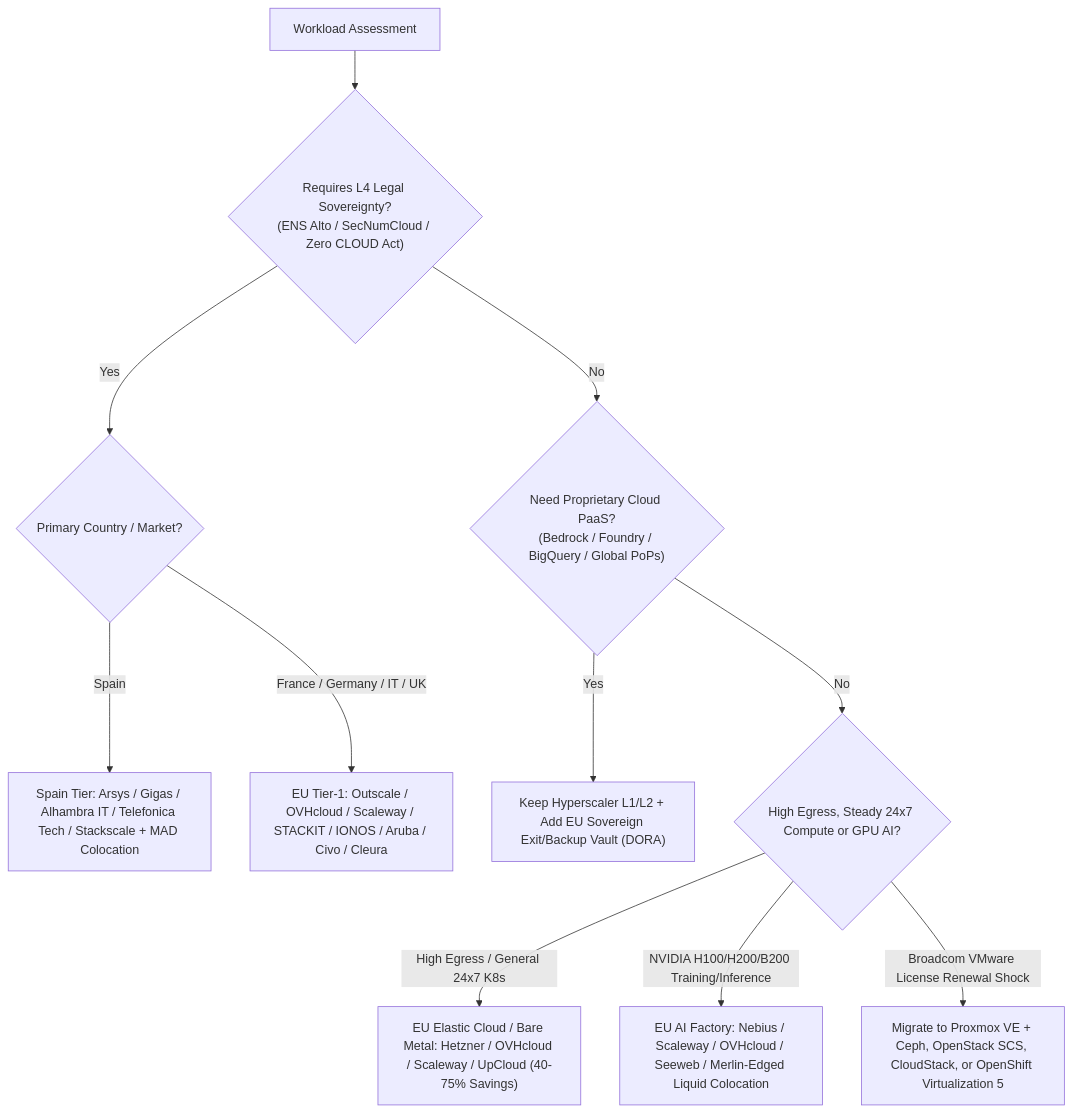
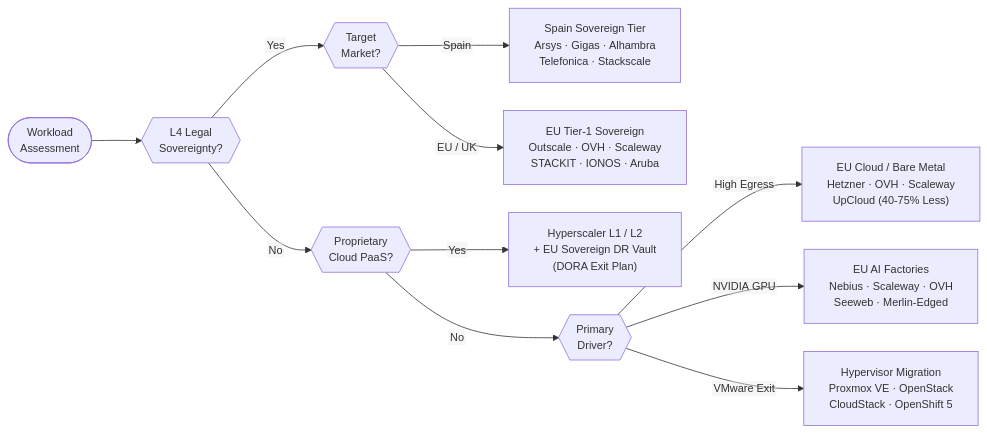
The diagram in v2-docs/eu-sovereign-cloud.md (nubenetes/awesome-kubernetes), drawn with Mermaid before and after one commit. The commit also changed 6 other files, not shown here.

Commit message:
fix(v2): fix Mermaid 11 SVG box sizing in MkDocs Material & keep permanent Video Hub banner link

````diff
--- a/v2-docs/eu-sovereign-cloud.md
+++ b/v2-docs/eu-sovereign-cloud.md
@@ -60,13 +60,17 @@
 ```mermaid
-flowchart TD
-    A["Workload Assessment"] --> B{"Requires L4 Legal Sovereignty?<br/>(ENS Alto / SecNumCloud / Zero CLOUD Act)"}
-    B -- Yes --> C{"Primary Country / Market?"}
-    C -- Spain --> D["Spain Tier: Arsys / Gigas / Alhambra IT / Telefonica Tech / Stackscale + MAD Colocation"]
-    C -- "France / Germany / IT / UK" --> E["EU Tier-1: Outscale / OVHcloud / Scaleway / STACKIT / IONOS / Aruba / Civo / Cleura"]
-    B -- No --> F{"Need Proprietary Cloud PaaS?<br/>(Bedrock / Foundry / BigQuery / Global PoPs)"}
-    F -- Yes --> G["Keep Hyperscaler L1/L2 + Add EU Sovereign Exit/Backup Vault (DORA)"]
-    F -- No --> H{"High Egress, Steady 24x7 Compute or GPU AI?"}
-    H -- "High Egress / General 24x7 K8s" --> I["EU Elastic Cloud / Bare Metal: Hetzner / OVHcloud / Scaleway / UpCloud (40-75% Savings)"]
-    H -- "NVIDIA H100/H200/B200 Training/Inference" --> J["EU AI Factory: Nebius / Scaleway / OVHcloud / Seeweb / Merlin-Edged Liquid Colocation"]
-    H -- "Broadcom VMware License Renewal Shock" --> K["Migrate to Proxmox VE + Ceph, OpenStack SCS, CloudStack, or OpenShift Virtualization 5"]
+%%{init: {'themeVariables': {'fontSize': '14px'}, 'flowchart': {'htmlLabels': false, 'nodeSpacing': 36, 'rankSpacing': 64, 'padding': 16}}}%%
+flowchart LR
+    A(["Workload<br/>Assessment"]) --> B{{"L4 Legal<br/>Sovereignty?"}}
+
+    B -->|"Yes"| C{{"Target<br/>Market?"}}
+    C -->|"Spain"| D["Spain Sovereign Tier<br/>Arsys · Gigas · Alhambra<br/>Telefonica · Stackscale"]
+    C -->|"EU / UK"| E["EU Tier-1 Sovereign<br/>Outscale · OVH · Scaleway<br/>STACKIT · IONOS · Aruba"]
+
+    B -->|"No"| F{{"Proprietary<br/>Cloud PaaS?"}}
+    F -->|"Yes"| G["Hyperscaler L1 / L2<br/>+ EU Sovereign DR Vault<br/>(DORA Exit Plan)"]
+    F -->|"No"| H{{"Primary<br/>Driver?"}}
+
+    H -->|"High Egress"| I["EU Cloud / Bare Metal<br/>Hetzner · OVH · Scaleway<br/>UpCloud (40-75% Less)"]
+    H -->|"NVIDIA GPU"| J["EU AI Factories<br/>Nebius · Scaleway · OVH<br/>Seeweb · Merlin-Edged"]
+    H -->|"VMware Exit"| K["Hypervisor Migration<br/>Proxmox VE · OpenStack<br/>CloudStack · OpenShift 5"]
 ```
````
